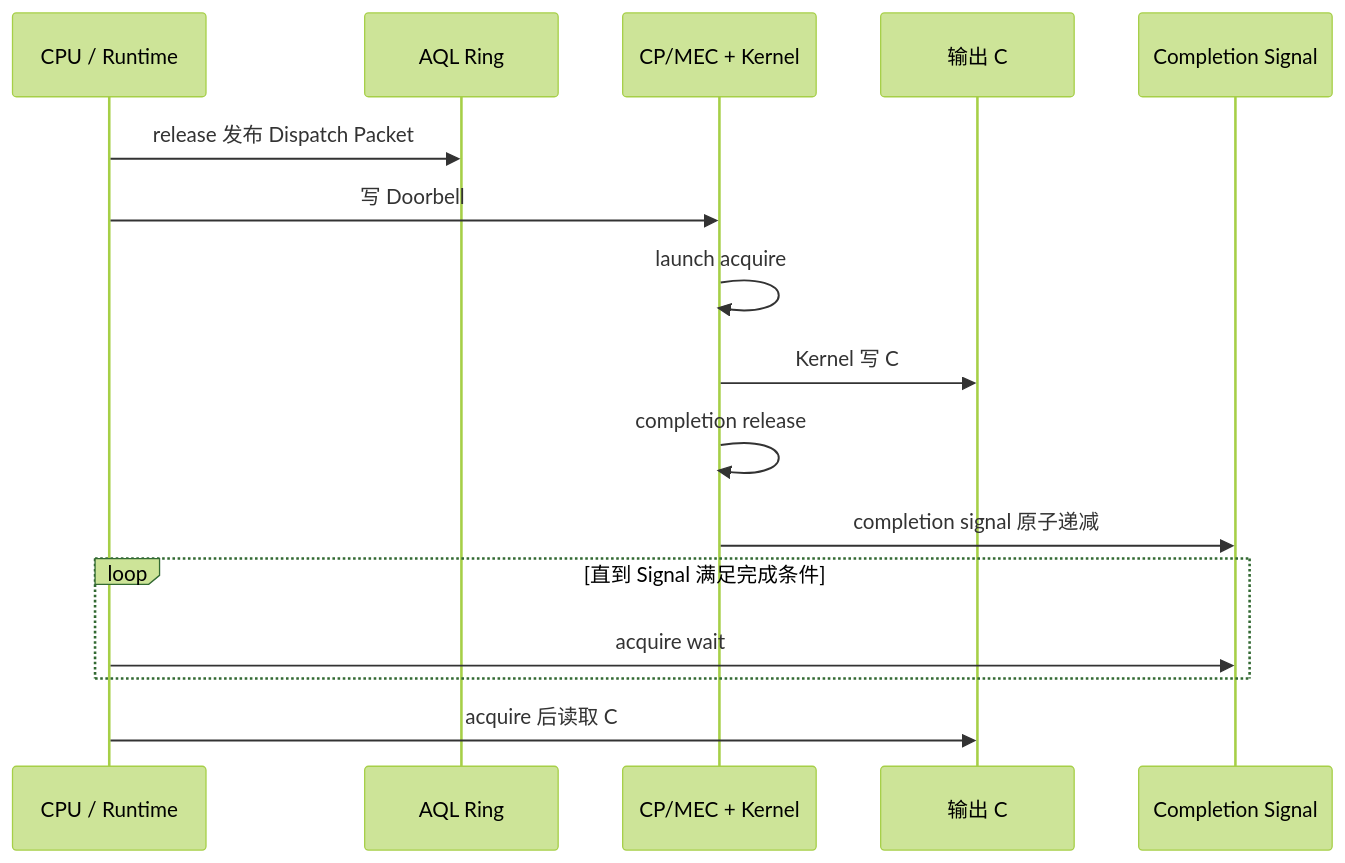
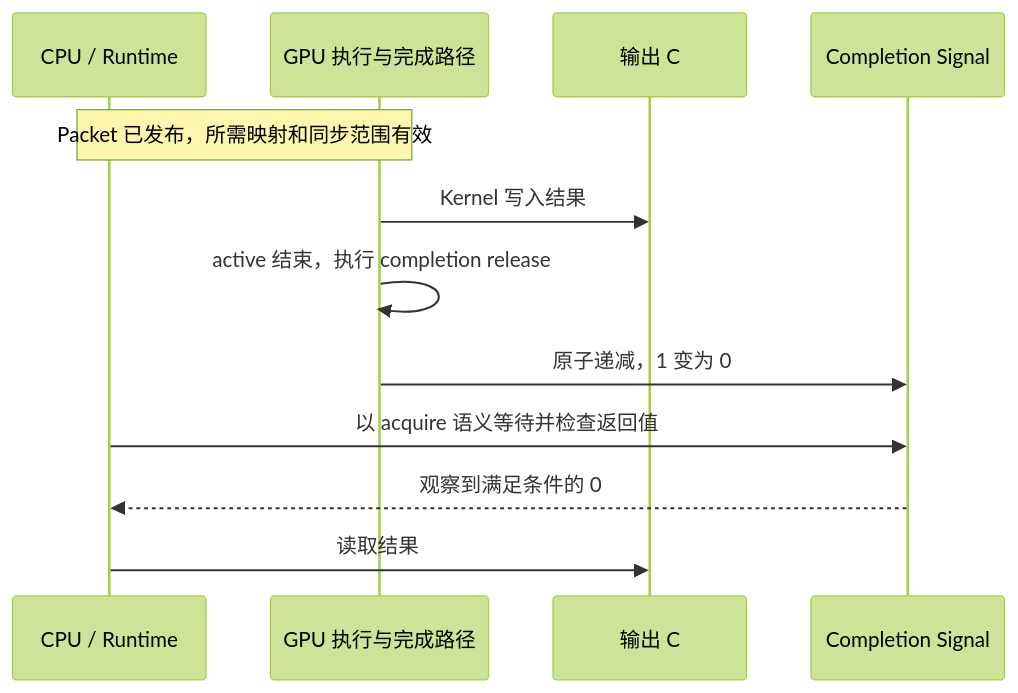
The seventh of 13 diagrams in 03_AMD GPU 队列与 AQL Dispatch.md (hxfei-git/gpu-study), drawn with Mermaid (forest theme) before and after one commit. The commit also changed other lines of this file and 1 other file, not shown here.

Commit message:
docs(queue): streamline dispatch chapters and knowledge lookup

````diff
--- a/03_AMD GPU 队列与 AQL Dispatch.md
+++ b/03_AMD GPU 队列与 AQL Dispatch.md
@@ -3949,19 +3199,14 @@
 ```mermaid
 sequenceDiagram
-    participant CPU as CPU / Runtime
-    participant R as AQL Ring
-    participant GPU as CP/MEC + Kernel
+    participant U as CPU / Runtime
+    participant G as GPU 执行与完成路径
     participant C as 输出 C
     participant S as Completion Signal
-
-    CPU->>R: release 发布 Dispatch Packet
-    CPU->>GPU: 写 Doorbell
-    GPU->>GPU: launch acquire
-    GPU->>C: Kernel 写 C
-    GPU->>GPU: completion release
-    GPU->>S: completion signal 原子递减
-    loop 直到 Signal 满足完成条件
-        CPU->>S: acquire wait
-    end
-    CPU->>C: acquire 后读取 C
+    Note over U,G: Packet 已发布，所需映射和同步范围有效
+    G->>C: Kernel 写入结果
+    G->>G: active 结束，执行 completion release
+    G->>S: 原子递减，1 变为 0
+    U->>S: 以 acquire 语义等待并检查返回值
+    S-->>U: 观察到满足条件的 0
+    U->>C: 读取结果
 ```
````
